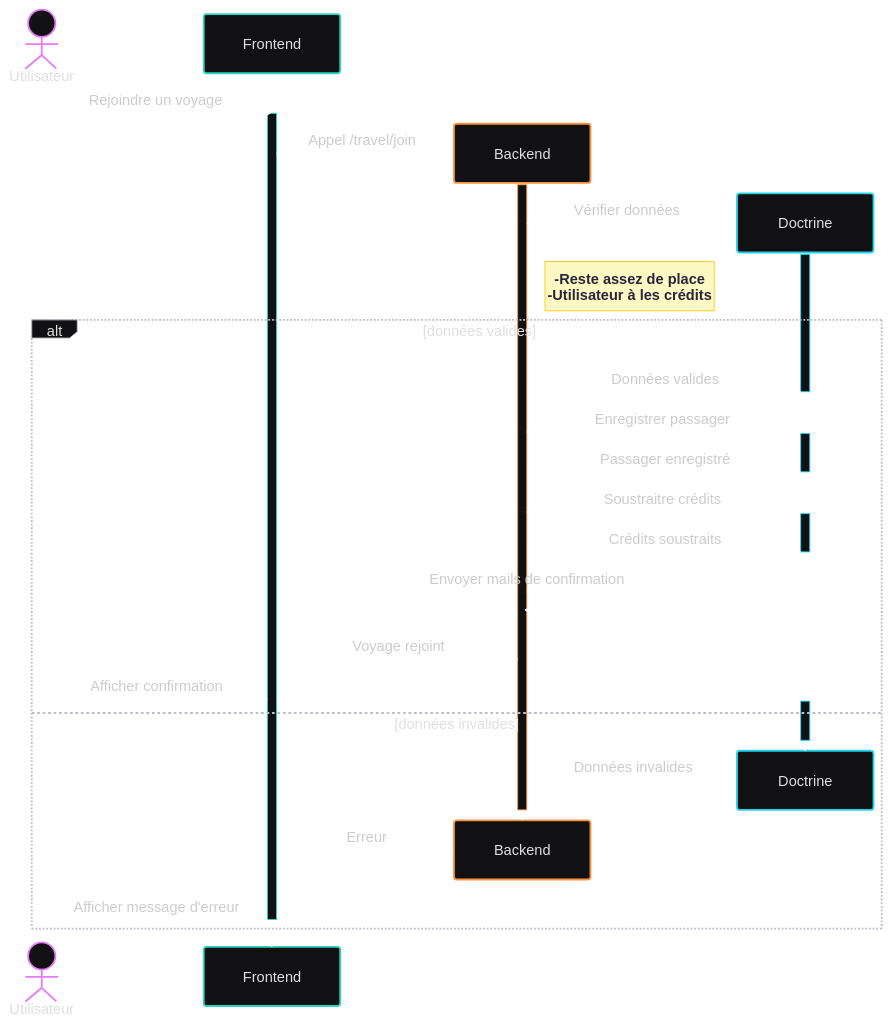
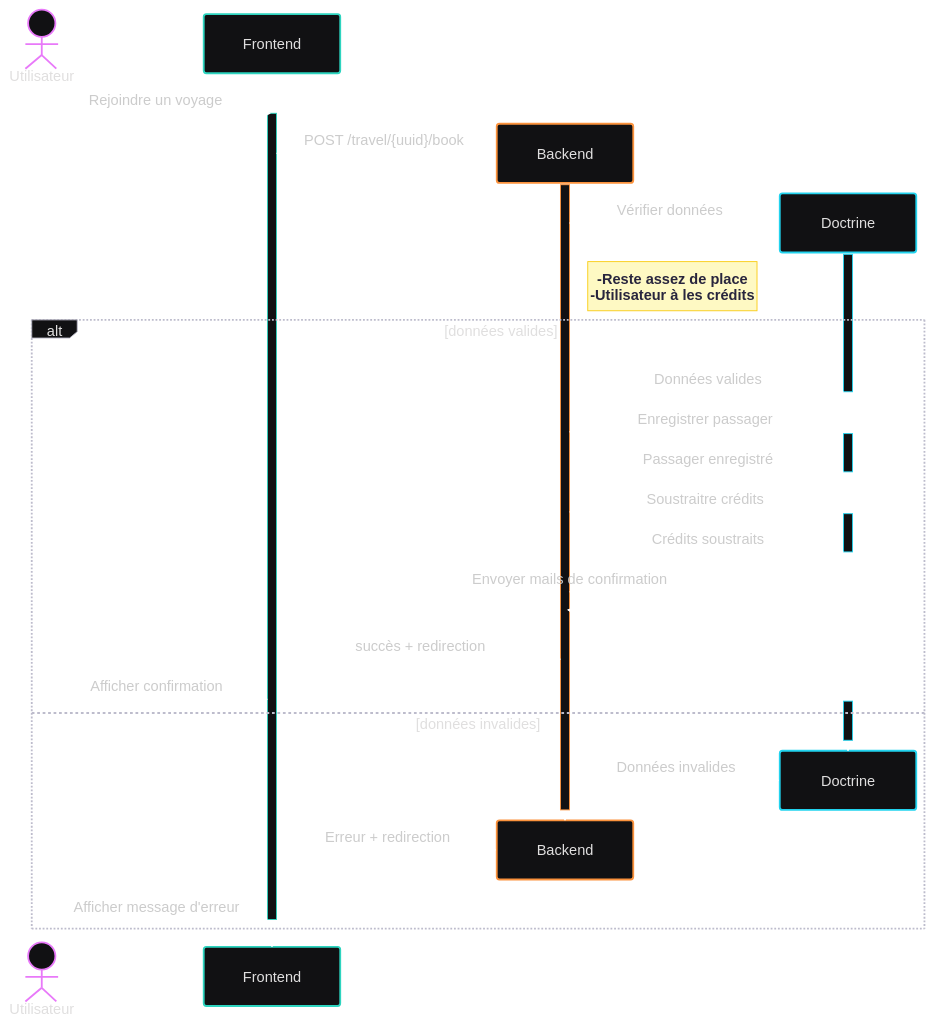
Before and after one commit to Anarchick/EcoRide: the diagram in diagrams/sequences/joinTravel.mmd, drawn with Mermaid. The commit also changed 1 other file, not shown here.

Commit message:
update sequences diagrams

```diff
--- a/diagrams/sequences/joinTravel.mmd
+++ b/diagrams/sequences/joinTravel.mmd
@@ -1,33 +1,33 @@
 %%{init: {"theme": "redux-dark-color"}}%%
 sequenceDiagram
 actor U as Utilisateur
 participant F as Frontend
 
 U ->> F: Rejoindre un voyage
 activate F
 create participant B as Backend
-F ->> B: Appel /travel/join
+F ->> B: POST /travel/{uuid}/book
 activate B
 create participant D as Doctrine
 B ->>+ D: Vérifier données
 Note right of B: -Reste assez de place<br>-Utilisateur à les crédits
 alt données valides
     D -->>- B: Données valides
     B ->>+ D: Enregistrer passager
     D -->>- B: Passager enregistré
     B ->>+ D: Soustraitre crédits
     D -->>- B: Crédits soustraits
     B ->> B: Envoyer mails de confirmation
-    B -->> F: Voyage rejoint
+    B -->> F: succès + redirection
     F -->> U: Afficher confirmation
 activate D
 else données invalides
     deactivate D
     destroy D
     D -->> B: Données invalides
     deactivate B
     destroy B
-    B -->> F: Erreur
+    B -->> F: Erreur + redirection
     F -->> U: Afficher message d'erreur
     deactivate F
 end
```
